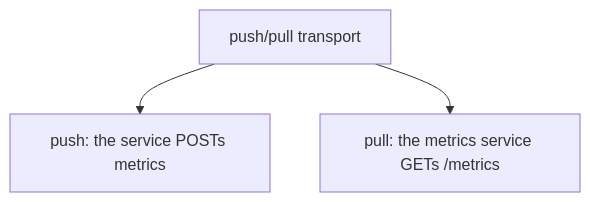
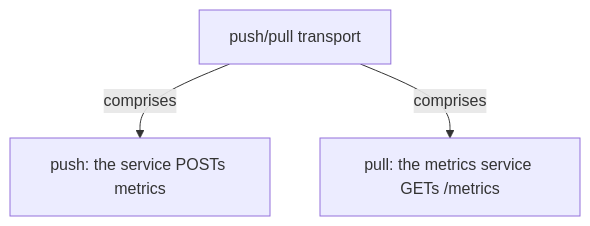
The fifth of 14 diagrams in docs/ch31-application-metrics.md (vinayakuber/microservices-io-study-guide), drawn with Mermaid before and after one commit. The commit also changed other lines of this file and 71 other files, not shown here.

First line of the commit message:
R18: label every diagram arrow with its meaning

````diff
--- a/docs/ch31-application-metrics.md
+++ b/docs/ch31-application-metrics.md
@@ -176,6 +176,6 @@
 ```mermaid
 flowchart TD
   R["push/pull transport"]
-  R --> P0["push: the service POSTs metrics"]
-  R --> P1["pull: the metrics service GETs /metrics"]
+  R -->|"comprises"| P0["push: the service POSTs metrics"]
+  R -->|"comprises"| P1["pull: the metrics service GETs /metrics"]
 ```
````
